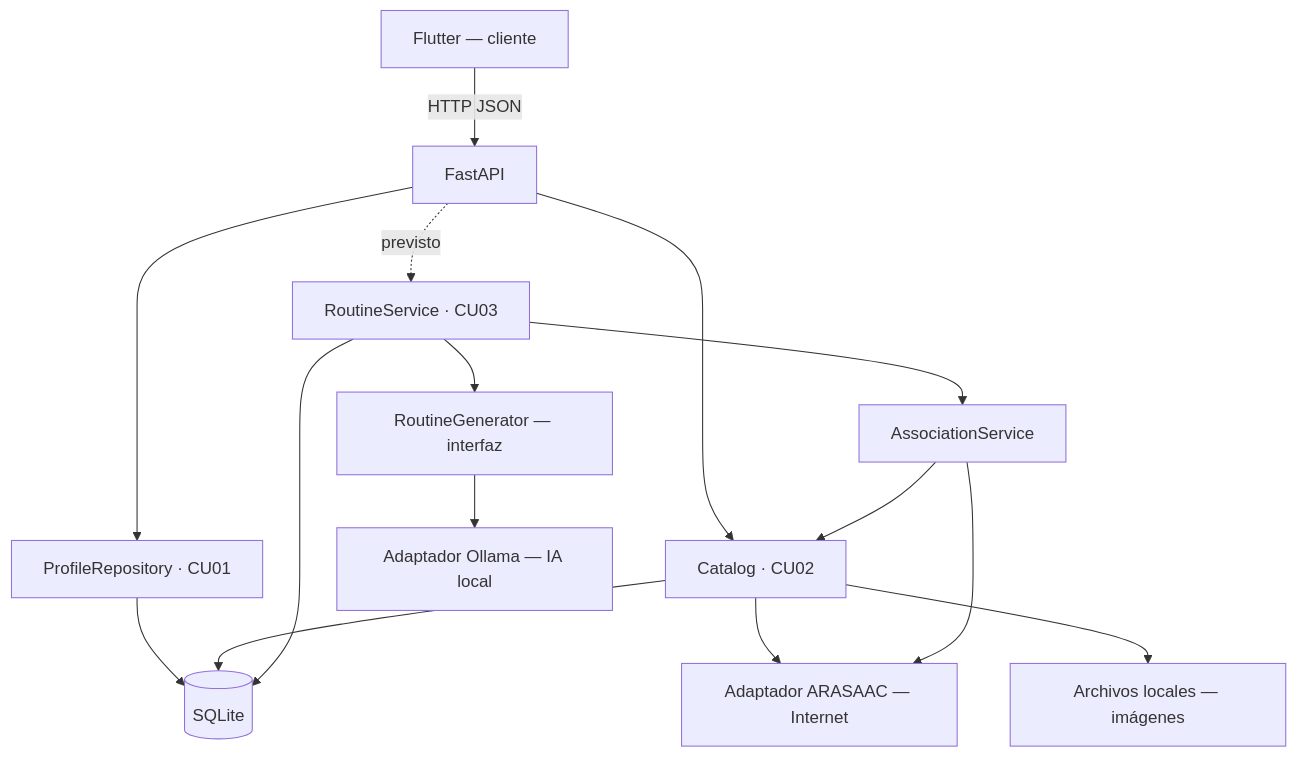
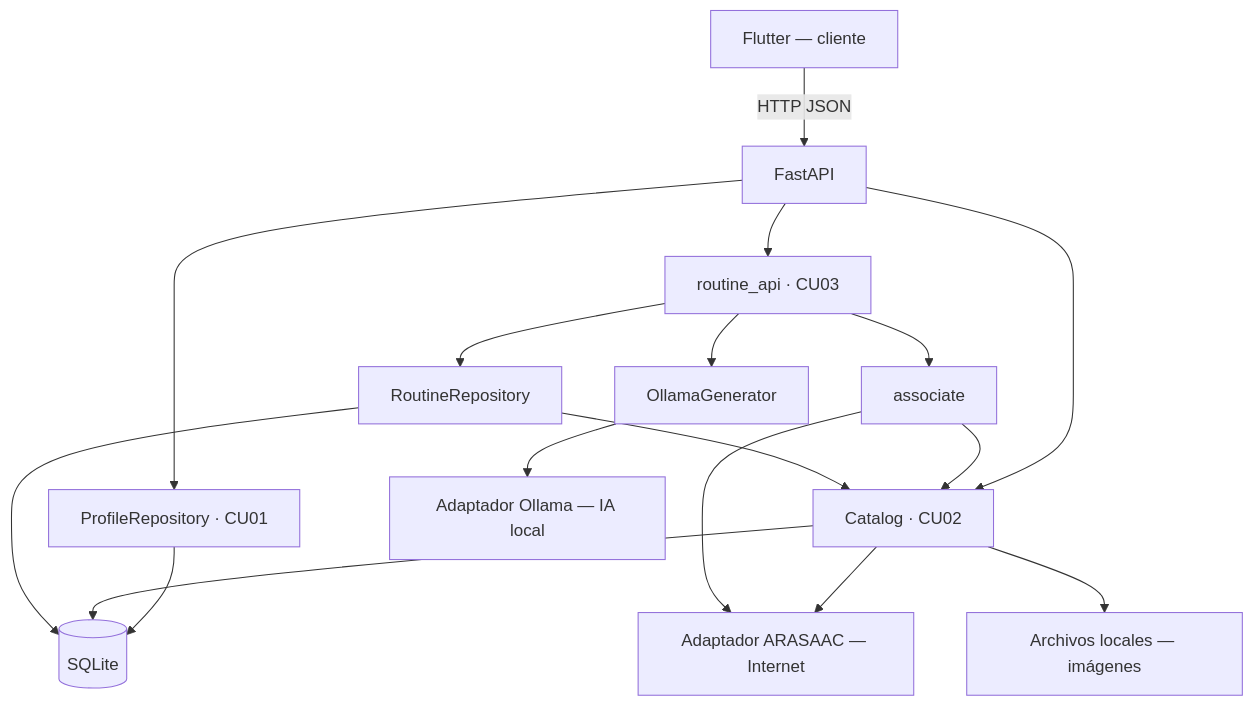
The diagram in docs/architecture.md (dianaquinterosg/scaa-inteligente), drawn with Mermaid before and after one commit. The commit also changed other lines of this file and 17 other files, not shown here.

Commit message:
docs(cu03): record architecture traceability and verified outcomes

````diff
--- a/docs/architecture.md
+++ b/docs/architecture.md
@@ -7,17 +7,19 @@
 ```mermaid
 flowchart TD
     F[Flutter — cliente] -->|HTTP JSON| API[FastAPI]
     API --> P[ProfileRepository · CU01]
     API --> G[Catalog · CU02]
-    API -. previsto .-> R[RoutineService · CU03]
-    R --> A[AssociationService]
-    R --> I[RoutineGenerator — interfaz]
+    API --> R[routine_api · CU03]
+    R --> A[associate]
+    R --> I[OllamaGenerator]
     I --> O[Adaptador Ollama — IA local]
     G --> EXT[Adaptador ARASAAC — Internet]
     A --> G
     P --> DB[(SQLite)]
     G --> DB
-    R --> DB
+    R --> RP[RoutineRepository]
+    RP --> DB
+    RP --> G
     G --> FS[Archivos locales — imágenes]
     A --> EXT
 ```
````
